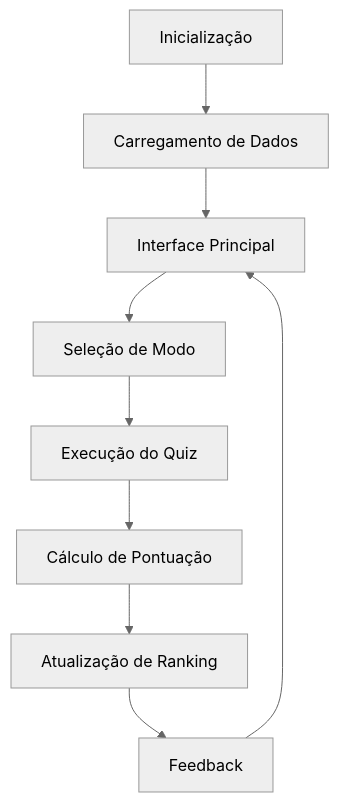
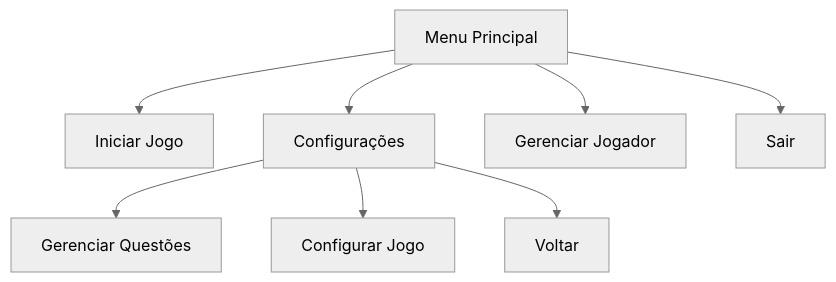
One commit to DutsTate0213/PerguntasPy changed the diagram in README.md. Above: the diagram before and after it, drawn with Mermaid (neutral theme). The commit also changed other lines of this file, not shown here.

````diff
--- a/README.md
+++ b/README.md
@@ -123,11 +96,10 @@
 ```mermaid
 graph TD
-    A[Inicialização] --> B[Carregamento de Dados]
-    B --> C[Interface Principal]
-    C --> D[Seleção de Modo]
-    D --> E[Execução do Quiz]
-    E --> F[Cálculo de Pontuação]
-    F --> G[Atualização de Ranking]
-    G --> H[Feedback]
-    H --> C
+    A[Menu Principal] --> B[Iniciar Jogo]
+    A --> C[Configurações]
+    A --> D[Gerenciar Jogador]
+    A --> E[Sair]
+    C --> F[Gerenciar Questões]
+    C --> G[Configurar Jogo]
+    C --> H[Voltar]
 ```
````
